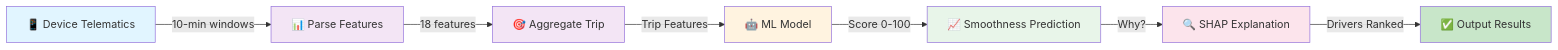
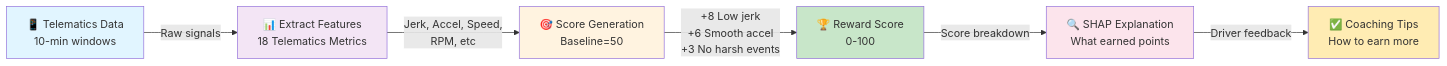
One commit to Project-Be-Better/learning-ml changed the first of 2 diagrams in tracedata-candidate/README.md. Above: the diagram before and after it, drawn with Mermaid. The commit also changed other lines of this file and 15 other files, not shown here.

````diff
--- a/tracedata-candidate/README.md
+++ b/tracedata-candidate/README.md
@@ -65,17 +72,15 @@
 ```mermaid
 graph LR
-    A["📱 Device Telematics"] -->|10-min windows| B["📊 Parse Features"]
-    B -->|18 features| C["🎯 Aggregate Trip"]
-    C -->|Trip Features| D["🤖 ML Model"]
-    D -->|Score 0-100| E["📈 Smoothness Prediction"]
-    E -->|Why?| F["🔍 SHAP Explanation"]
-    F -->|Drivers Ranked| G["✅ Output Results"]
+    A["📱 Telematics Data<br/>10-min windows"] -->|Raw signals| B["📊 Extract Features<br/>18 Telematics Metrics"]
+    B -->|Jerk, Accel, Speed,<br/>RPM, etc| C["🎯 Score Generation<br/>Baseline=50"]
+    C -->|+8 Low jerk<br/>+6 Smooth accel<br/>+3 No harsh events| D["🏆 Reward Score<br/>0-100"]
+    D -->|Score breakdown| E["🔍 SHAP Explanation<br/>What earned points"]
+    E -->|Driver feedback| F["✅ Coaching Tips<br/>How to earn more"]
     
     style A fill:#e1f5ff
     style B fill:#f3e5f5
-    style C fill:#f3e5f5
-    style D fill:#fff3e0
-    style E fill:#e8f5e9
-    style F fill:#fce4ec
-    style G fill:#c8e6c9
+    style C fill:#fff3e0
+    style D fill:#c8e6c9
+    style E fill:#fce4ec
+    style F fill:#ffecb3
 ```
````
